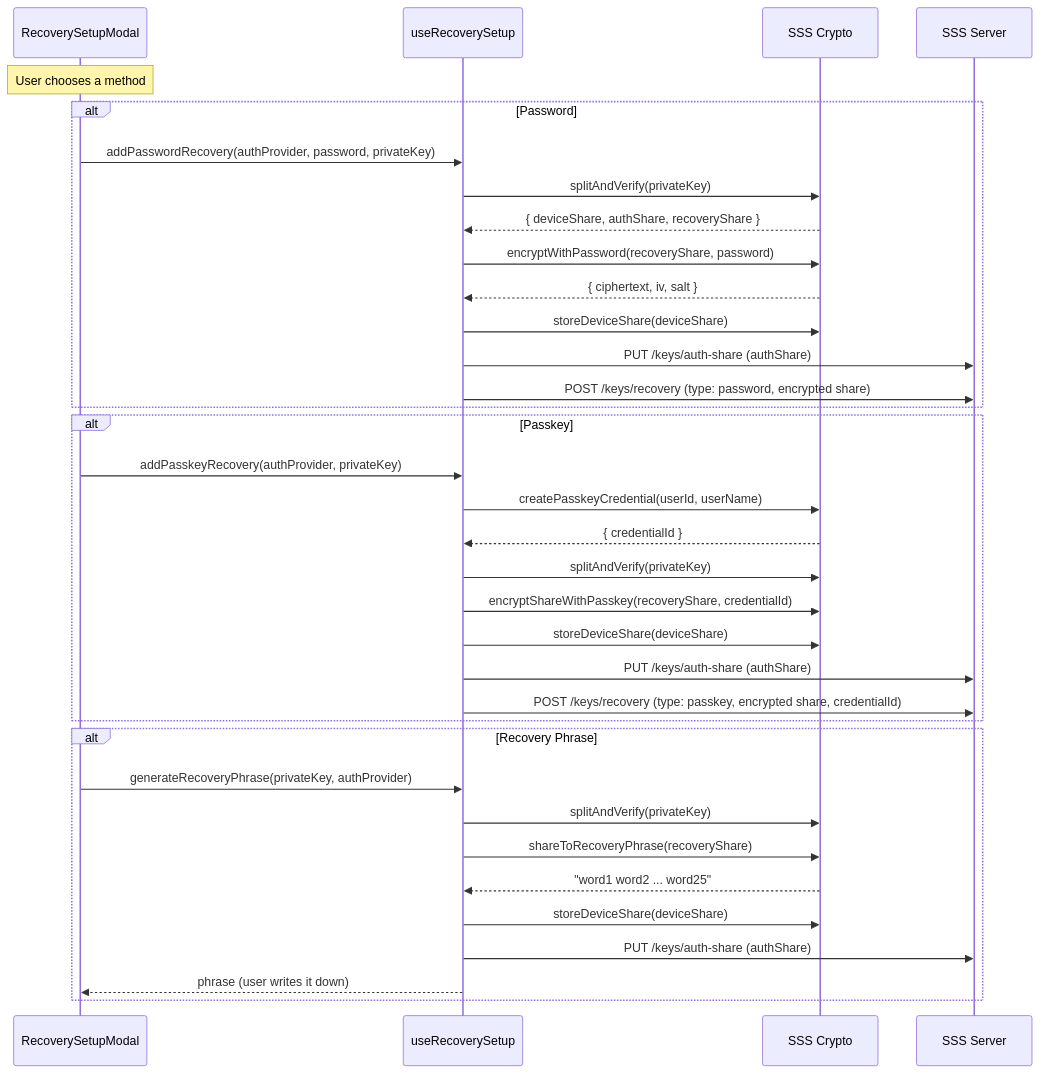
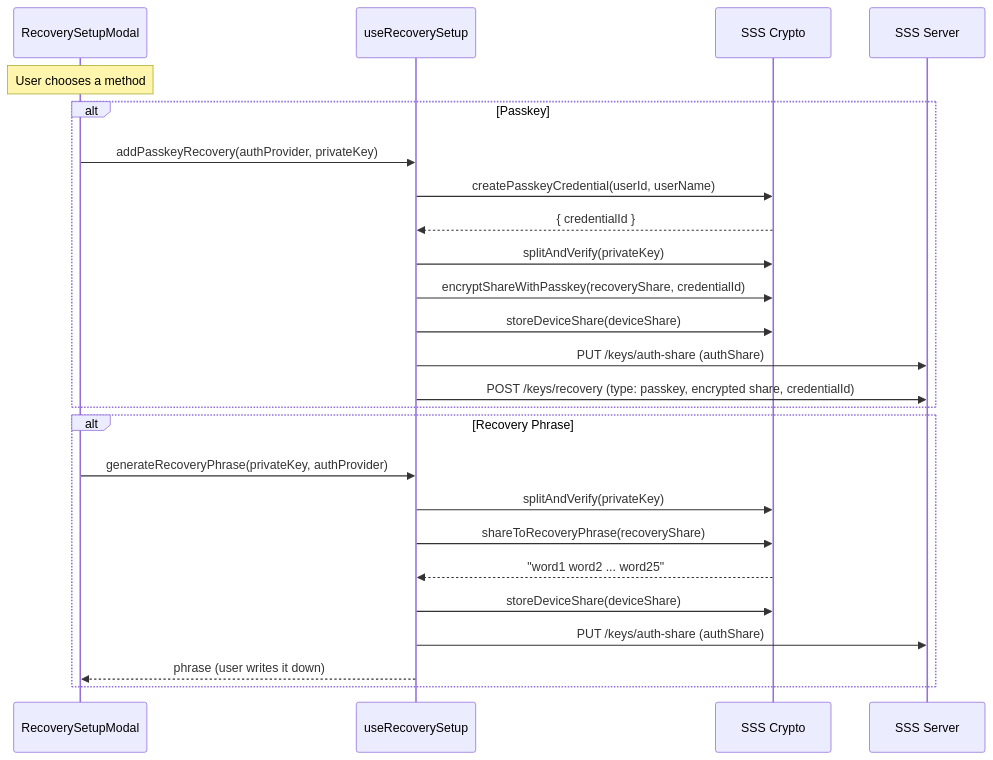
The second of 4 diagrams in packages/learn-card-base/src/auth-coordinator/RECOVERY.md (learningeconomy/LearnCard), drawn with Mermaid before and after one commit. The commit also changed other lines of this file and 19 other files, not shown here.

````diff
--- a/packages/learn-card-base/src/auth-coordinator/RECOVERY.md
+++ b/packages/learn-card-base/src/auth-coordinator/RECOVERY.md
@@ -78,41 +77,30 @@
 ```mermaid
 sequenceDiagram
     participant UI as RecoverySetupModal
     participant Hook as useRecoverySetup
     participant SSS as SSS Crypto
     participant Server as SSS Server
 
     Note over UI: User chooses a method
-
-    alt Password
-        UI->>Hook: addPasswordRecovery(authProvider, password, privateKey)
-        Hook->>SSS: splitAndVerify(privateKey)
-        SSS-->>Hook: { deviceShare, authShare, recoveryShare }
-        Hook->>SSS: encryptWithPassword(recoveryShare, password)
-        SSS-->>Hook: { ciphertext, iv, salt }
-        Hook->>SSS: storeDeviceShare(deviceShare)
-        Hook->>Server: PUT /keys/auth-share (authShare)
-        Hook->>Server: POST /keys/recovery (type: password, encrypted share)
-    end
 
     alt Passkey
         UI->>Hook: addPasskeyRecovery(authProvider, privateKey)
         Hook->>SSS: createPasskeyCredential(userId, userName)
         SSS-->>Hook: { credentialId }
         Hook->>SSS: splitAndVerify(privateKey)
         Hook->>SSS: encryptShareWithPasskey(recoveryShare, credentialId)
         Hook->>SSS: storeDeviceShare(deviceShare)
         Hook->>Server: PUT /keys/auth-share (authShare)
         Hook->>Server: POST /keys/recovery (type: passkey, encrypted share, credentialId)
     end
 
     alt Recovery Phrase
         UI->>Hook: generateRecoveryPhrase(privateKey, authProvider)
         Hook->>SSS: splitAndVerify(privateKey)
         Hook->>SSS: shareToRecoveryPhrase(recoveryShare)
         SSS-->>Hook: "word1 word2 ... word25"
         Hook->>SSS: storeDeviceShare(deviceShare)
         Hook->>Server: PUT /keys/auth-share (authShare)
         Hook-->>UI: phrase (user writes it down)
     end
 ```
````
